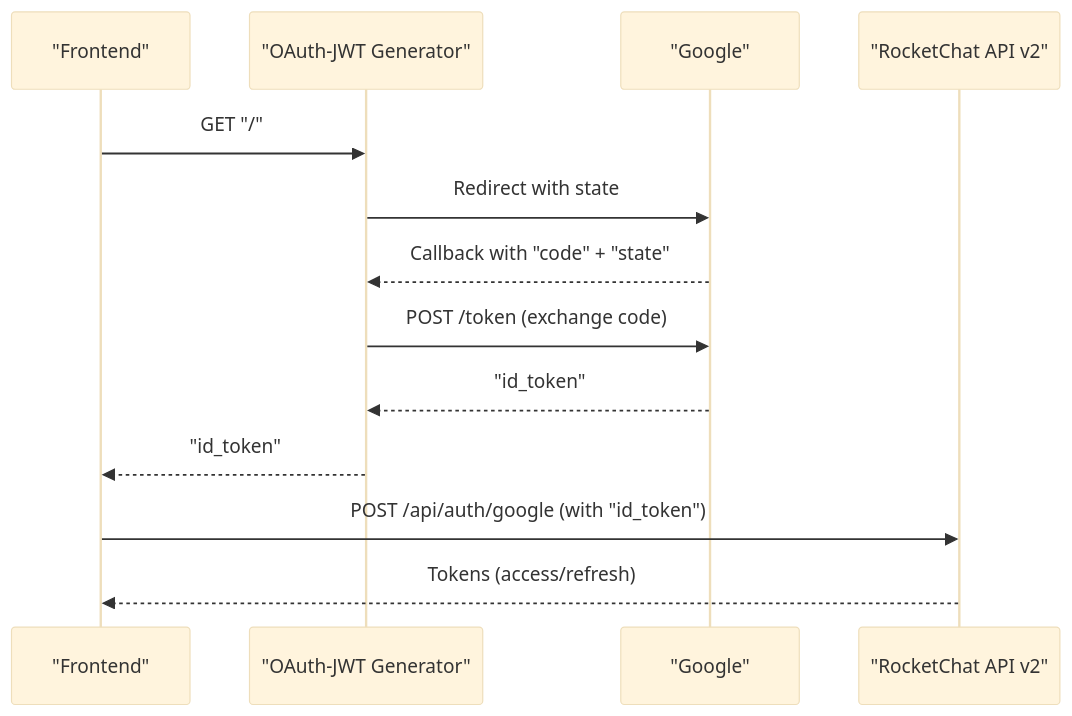
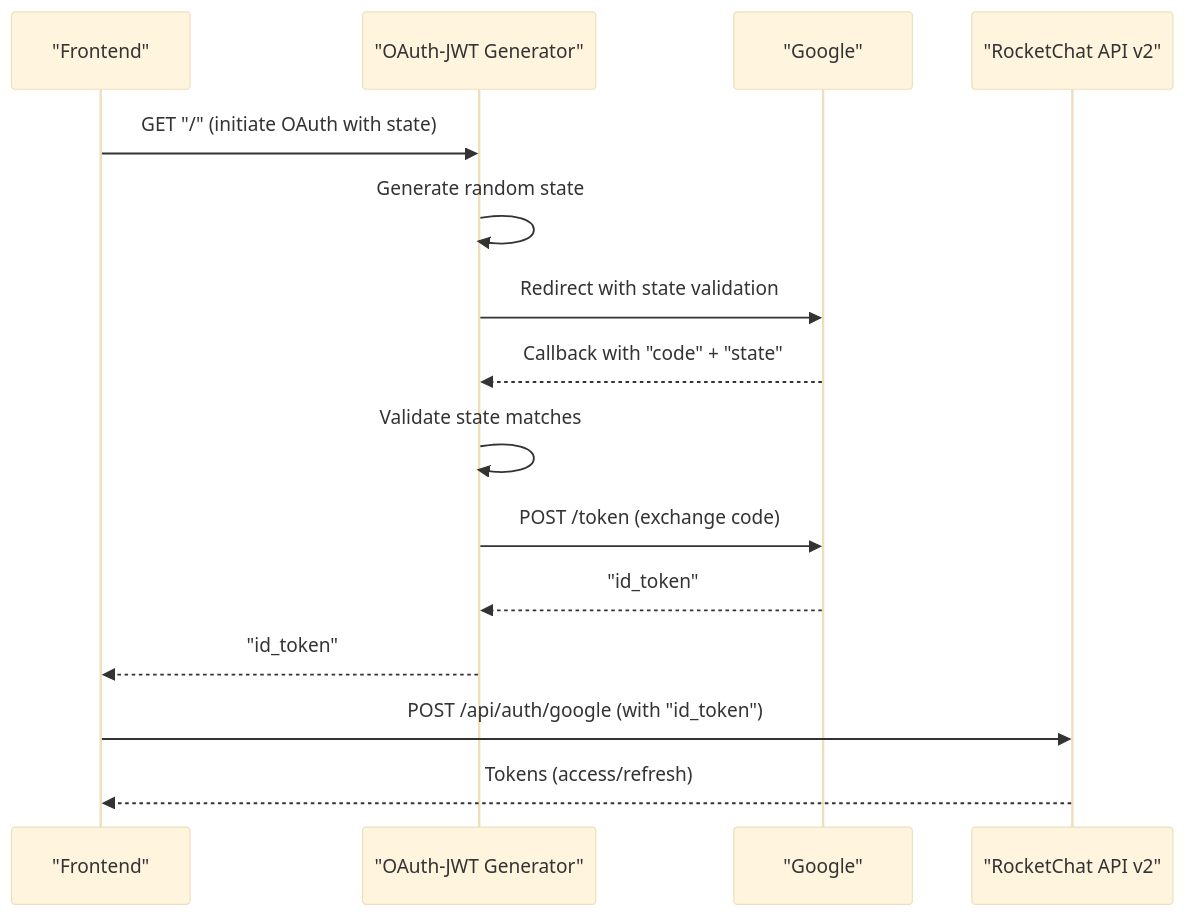
One commit to effinrich/rh-nx-monorepo changed the third of 8 diagrams in .qoder/repowiki/en/content/Authentication & Authorization.md. Above: the diagram before and after it, drawn with Mermaid (base theme). The commit also changed other lines of this file and 130 other files, not shown here.

````diff
--- a/.qoder/repowiki/en/content/Authentication & Authorization.md
+++ b/.qoder/repowiki/en/content/Authentication & Authorization.md
@@ -133,15 +150,17 @@
 ```mermaid
 sequenceDiagram
 participant FE as "Frontend"
 participant OAuthGen as "OAuth-JWT Generator"
 participant Google as "Google"
 participant BE as "RocketChat API v2"
-FE->>OAuthGen : GET "/"
-OAuthGen->>Google : Redirect with state
+FE->>OAuthGen : GET "/" (initiate OAuth with state)
+OAuthGen->>OAuthGen : Generate random state
+OAuthGen->>Google : Redirect with state validation
 Google-->>OAuthGen : Callback with "code" + "state"
+OAuthGen->>OAuthGen : Validate state matches
 OAuthGen->>Google : POST /token (exchange code)
 Google-->>OAuthGen : "id_token"
 OAuthGen-->>FE : "id_token"
 FE->>BE : POST /api/auth/google (with "id_token")
 BE-->>FE : Tokens (access/refresh)
 ```
````
